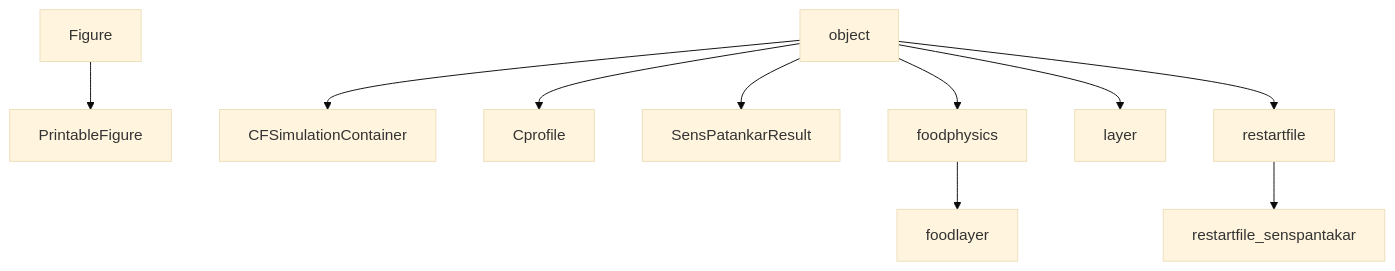
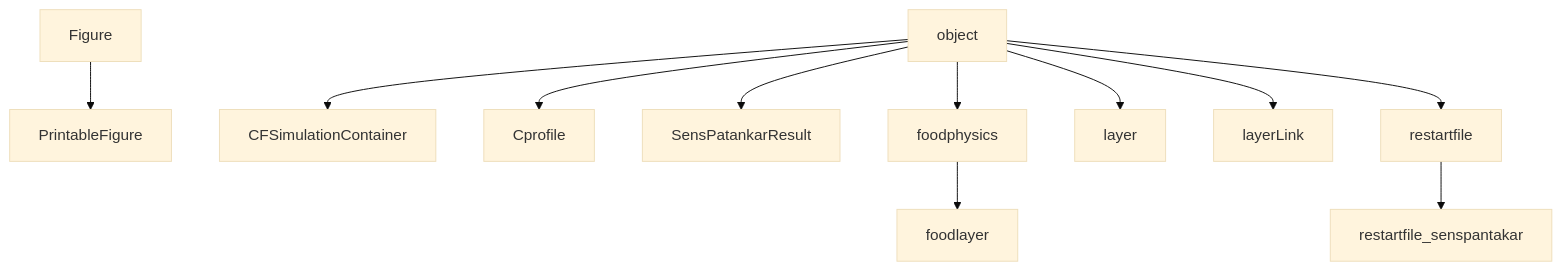
Before and after one commit to ovitrac/SFPPy: the fifth of 8 diagrams in docs/SFPPy_classes_documentation.md, drawn with Mermaid (base theme). The commit also changed other lines of this file and 69 other files, not shown here.

````diff
--- a/docs/SFPPy_classes_documentation.md
+++ b/docs/SFPPy_classes_documentation.md
@@ -2103,21 +2304,23 @@
 ```mermaid
 graph TD;
 CFSimulationContainer
 Cprofile
 PrintableFigure
 SensPatankarResult
 foodlayer
 foodphysics
 layer
+layerLink
 restartfile
 restartfile_senspantakar
 Figure --> PrintableFigure
 foodphysics --> foodlayer
 object --> CFSimulationContainer
 object --> Cprofile
 object --> SensPatankarResult
 object --> foodphysics
 object --> layer
+object --> layerLink
 object --> restartfile
 restartfile --> restartfile_senspantakar
 ```
````
